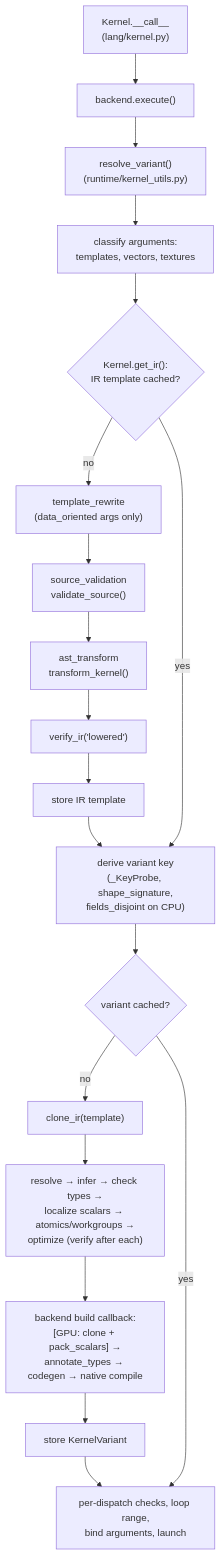
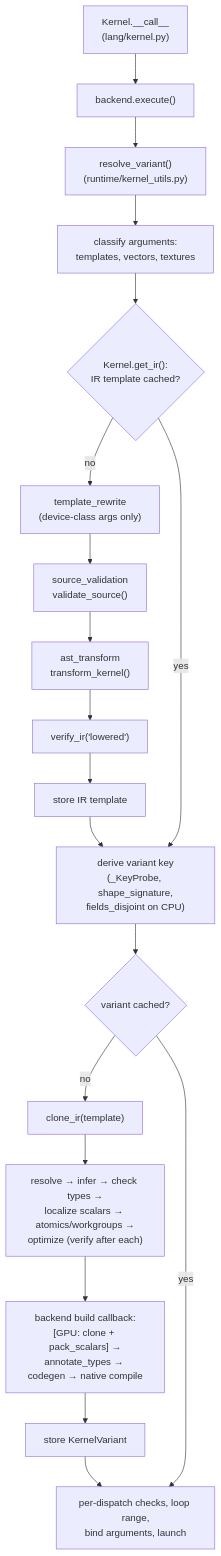
The diagram in docs/design/compilation-pipeline.md (berkgeveci/tack), drawn with Mermaid before and after one commit. The commit also changed other lines of this file and 69 other files, not shown here.

First line of the commit message:
Call @tack.data_oriented @tack.device_class

````diff
--- a/docs/design/compilation-pipeline.md
+++ b/docs/design/compilation-pipeline.md
@@ -26,21 +26,21 @@
 ```mermaid
 flowchart TD
     call["Kernel.__call__<br/>(lang/kernel.py)"] --> exec["backend.execute()"]
     exec --> rv["resolve_variant()<br/>(runtime/kernel_utils.py)"]
     rv --> args["classify arguments:<br/>templates, vectors, textures"]
     args --> getir{"Kernel.get_ir():<br/>IR template cached?"}
-    getir -- no --> tr["template_rewrite<br/>(data_oriented args only)"]
+    getir -- no --> tr["template_rewrite<br/>(device-class args only)"]
     tr --> val["source_validation<br/>validate_source()"]
     val --> ast["ast_transform<br/>transform_kernel()"]
     ast --> vlow["verify_ir('lowered')"]
     vlow --> store["store IR template"]
     store --> key
     getir -- yes --> key["derive variant key<br/>(_KeyProbe, shape_signature,<br/>fields_disjoint on CPU)"]
     key --> hit{"variant cached?"}
     hit -- no --> clone["clone_ir(template)"]
     clone --> passes["resolve → infer → check types →<br/>localize scalars → atomics/workgroups →<br/>optimize (verify after each)"]
     passes --> build["backend build callback:<br/>[GPU: clone + pack_scalars] →<br/>annotate_types → codegen → native compile"]
     build --> cache["store KernelVariant"]
     cache --> launch
     hit -- yes --> launch["per-dispatch checks, loop range,<br/>bind arguments, launch"]
 ```
````
